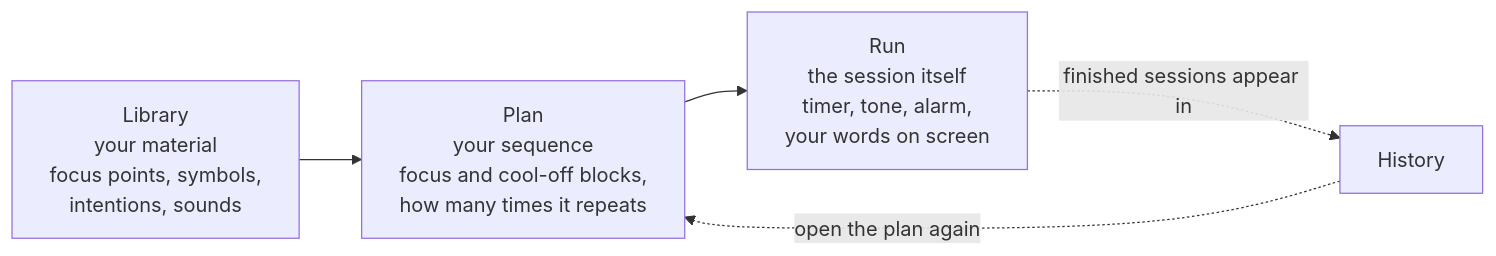
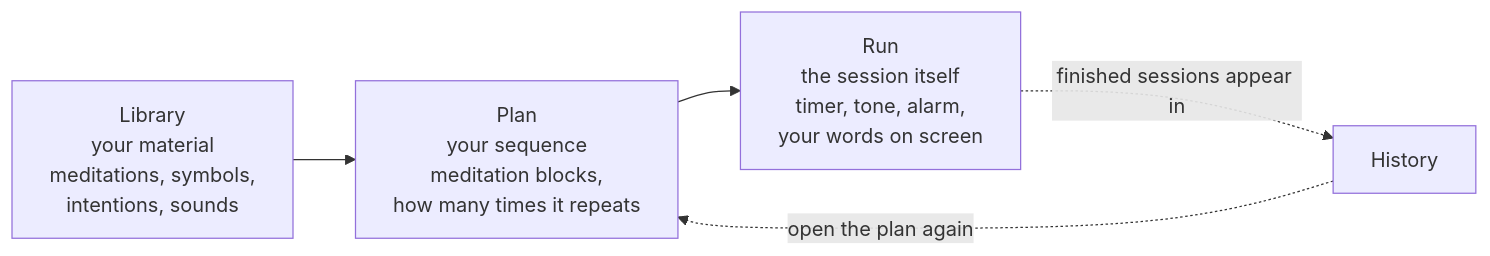
The diagram in docs/USER_GUIDE.md (siddharthtd/meditaur-v1), drawn with Mermaid before and after one commit. The commit also changed other lines of this file and 228 other files, not shown here.

````diff
--- a/docs/USER_GUIDE.md
+++ b/docs/USER_GUIDE.md
@@ -85,7 +85,7 @@
 ```mermaid
 flowchart LR
-    A["Library<br/>your material<br/>focus points, symbols,<br/>intentions, sounds"] --> B["Plan<br/>your sequence<br/>focus and cool-off blocks,<br/>how many times it repeats"]
+    A["Library<br/>your material<br/>meditations, symbols,<br/>intentions, sounds"] --> B["Plan<br/>your sequence<br/>meditation blocks,<br/>how many times it repeats"]
     B --> C["Run<br/>the session itself<br/>timer, tone, alarm,<br/>your words on screen"]
     C -.->|"finished sessions appear in"| D["History"]
     D -.->|"open the plan again"| B
 ```
````
